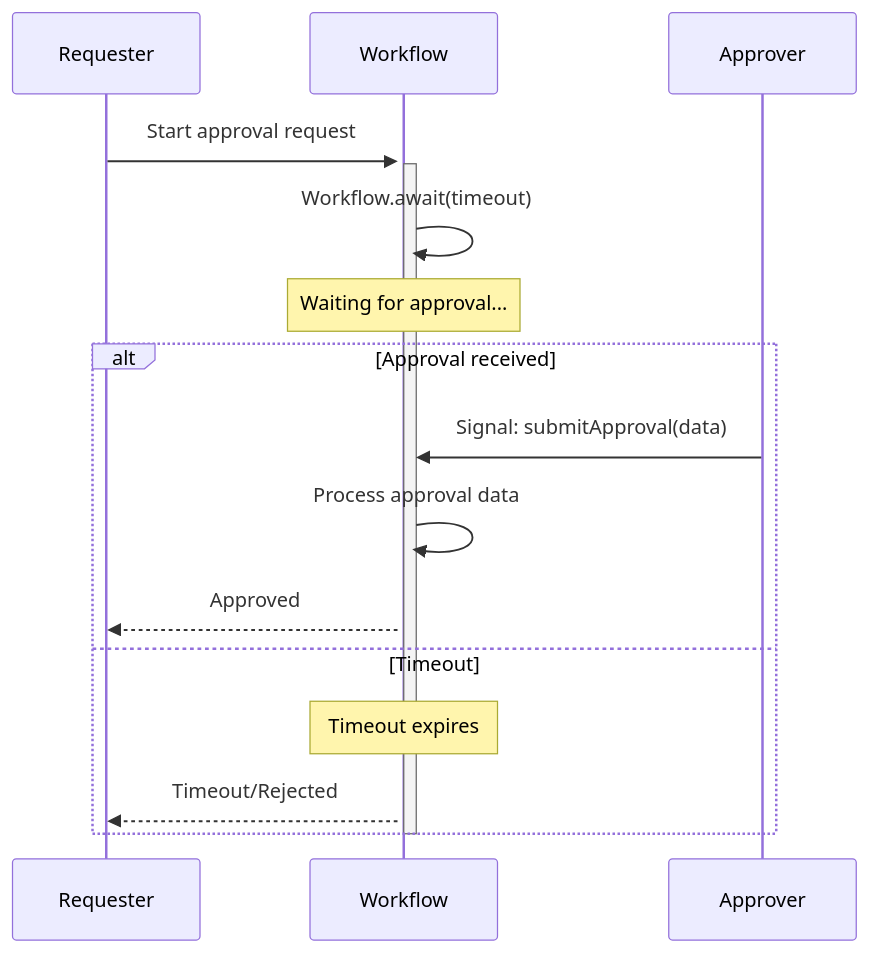
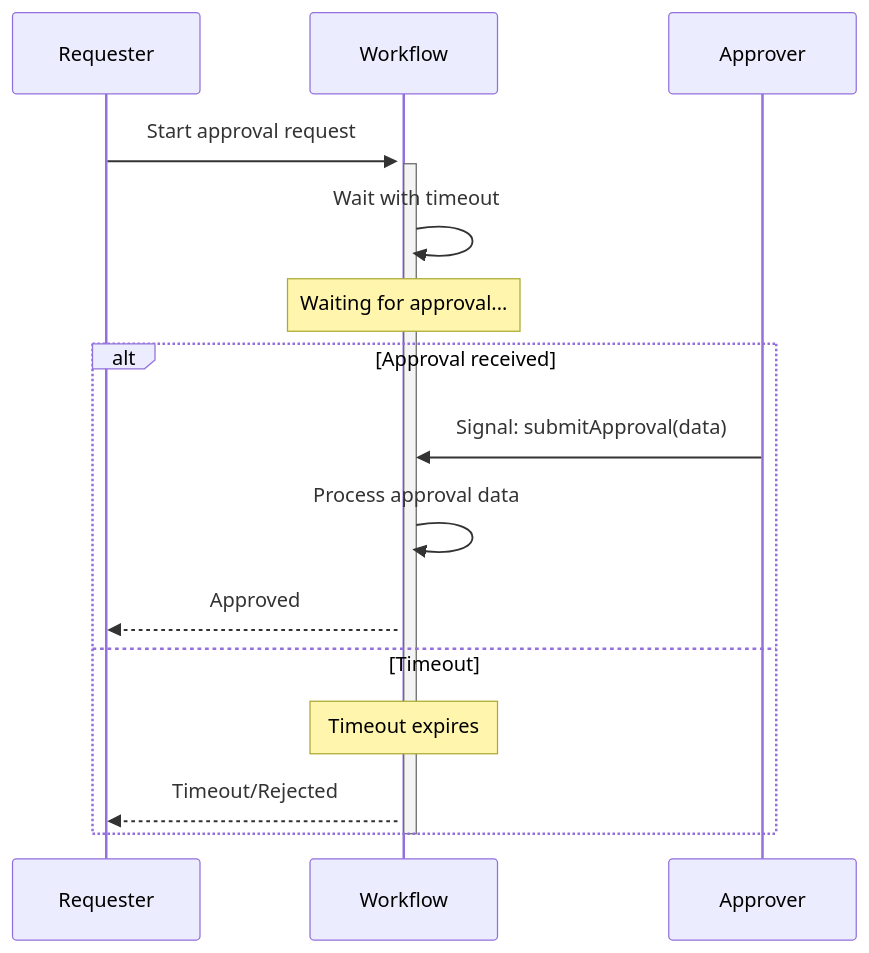
Before and after one commit to taonic/temporal-design-patterns: the diagram in docs/approval.md, drawn with Mermaid. The commit also changed other lines of this file and 16 other files, not shown here.

````diff
--- a/docs/approval.md
+++ b/docs/approval.md
@@ -25,21 +25,21 @@
 ```mermaid
 sequenceDiagram
     participant Requester
     participant Workflow
     participant Approver
 
     Requester->>+Workflow: Start approval request
     activate Workflow
-    Workflow->>Workflow: Workflow.await(timeout)
+    Workflow->>Workflow: Wait with timeout
     Note over Workflow: Waiting for approval...
-    
+
     alt Approval received
         Approver->>Workflow: Signal: submitApproval(data)
         Workflow->>Workflow: Process approval data
         Workflow-->>Requester: Approved
     else Timeout
         Note over Workflow: Timeout expires
         Workflow-->>Requester: Timeout/Rejected
     end
     deactivate Workflow
 ```
````
